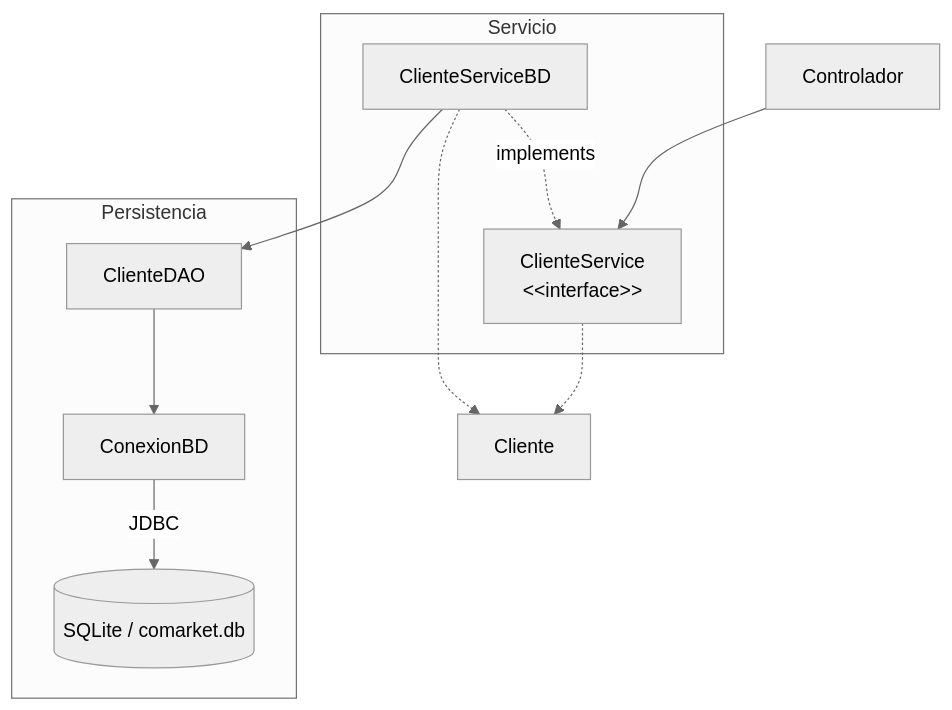
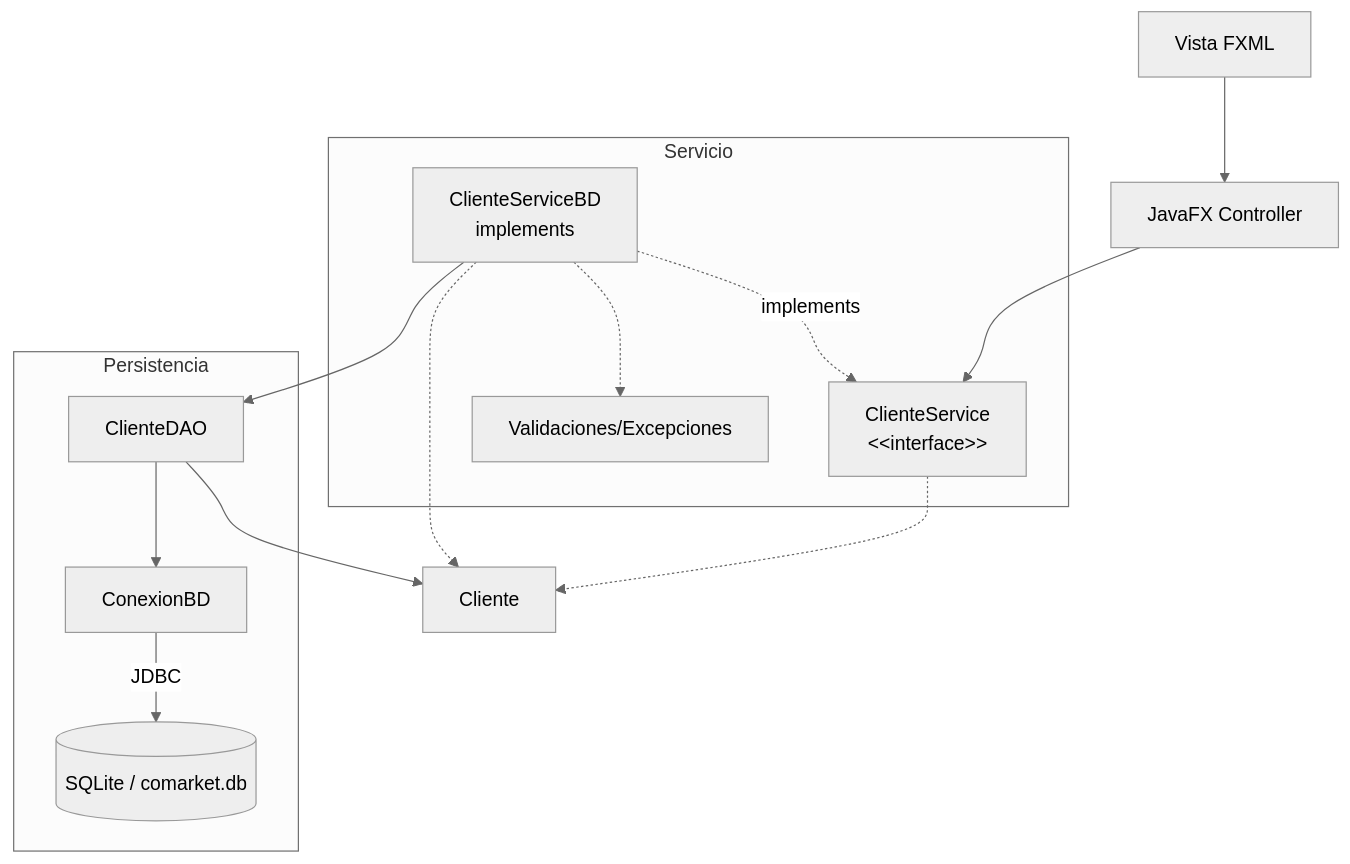
Before and after one commit to 262poo/comarket: the diagram in docs/S09_Arquitectura_Persistencia.md, drawn with Mermaid (neutral theme). The commit also changed other lines of this file and 17 other files, not shown here.

````diff
--- a/docs/S09_Arquitectura_Persistencia.md
+++ b/docs/S09_Arquitectura_Persistencia.md
@@ -52,23 +62,30 @@
 ```mermaid
 flowchart TB
-    Controlador["Controlador"]
+    Vista["Vista FXML"]
+    Controlador["JavaFX Controller"]
+
     subgraph Servicio["Servicio"]
         Contrato["ClienteService<br/>&lt;&lt;interface&gt;&gt;"]
-        Implementacion["ClienteServiceBD"]
+        Implementacion["ClienteServiceBD<br/>implements"]
+        Validaciones["Validaciones/Excepciones"]
     end
 
     Entidades["Cliente"]
+
     subgraph Persistencia["Persistencia"]
         DAO["ClienteDAO"]
         Conexion["ConexionBD"]
         SQLite[("SQLite / comarket.db")]
     end
 
+    Vista --> Controlador
     Controlador --> Contrato
     Implementacion -. implements .-> Contrato
     Contrato -.-> Entidades
     Implementacion -.-> Entidades
     Implementacion --> DAO
+    Implementacion -.-> Validaciones
+    DAO --> Entidades
     DAO --> Conexion
     Conexion -->|"JDBC"| SQLite
 ```
````
